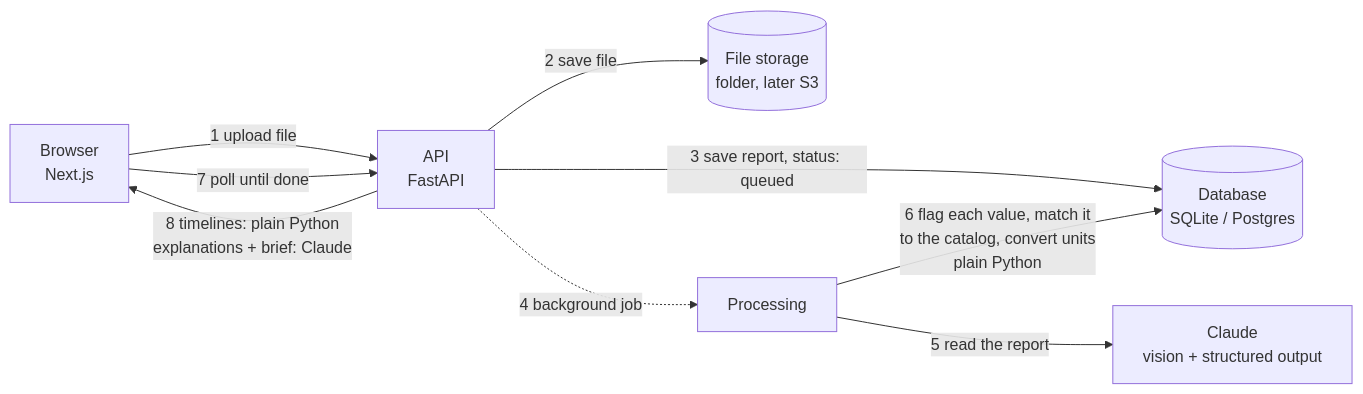
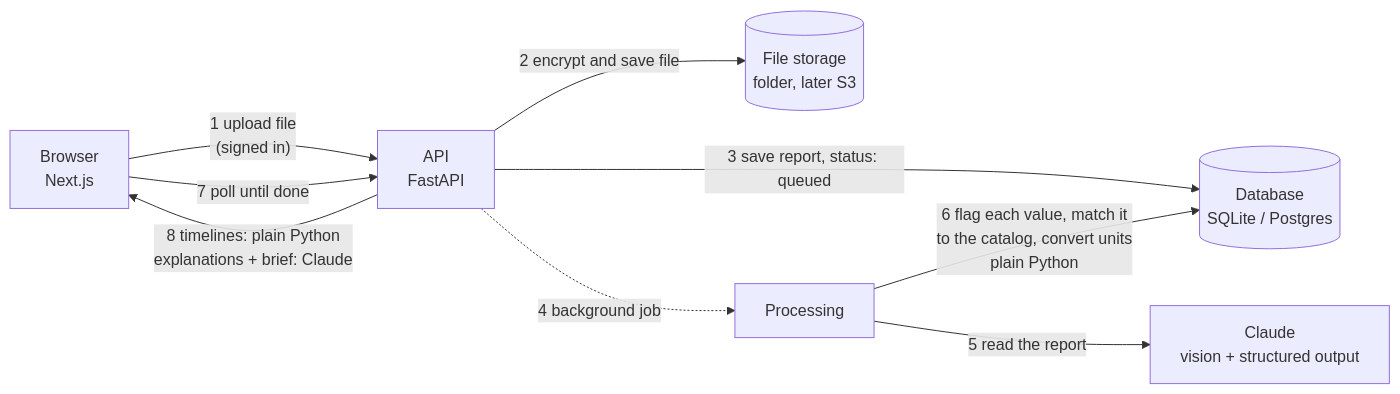
One commit to whatalshifa/report-saathi changed the diagram in README.md. Above: the diagram before and after it, drawn with Mermaid. The commit also changed other lines of this file and 70 other files, not shown here.

````diff
--- a/README.md
+++ b/README.md
@@ -45,11 +63,11 @@
 ```mermaid
 flowchart LR
-    U[Browser<br/>Next.js] -- "1 upload file" --> A[API<br/>FastAPI]
-    A -- "2 save file" --> S[(File storage<br/>folder, later S3)]
+    U[Browser<br/>Next.js] -- "1 upload file<br/>(signed in)" --> A[API<br/>FastAPI]
+    A -- "2 encrypt and save file" --> S[(File storage<br/>folder, later S3)]
     A -- "3 save report, status: queued" --> D[(Database<br/>SQLite / Postgres)]
     A -. "4 background job" .-> J[Processing]
     J -- "5 read the report" --> C[Claude<br/>vision + structured output]
     J -- "6 flag each value, match it<br/>to the catalog, convert units<br/>plain Python" --> D
     U -- "7 poll until done" --> A
     A -- "8 timelines: plain Python<br/>explanations + brief: Claude" --> U
 ```
````
